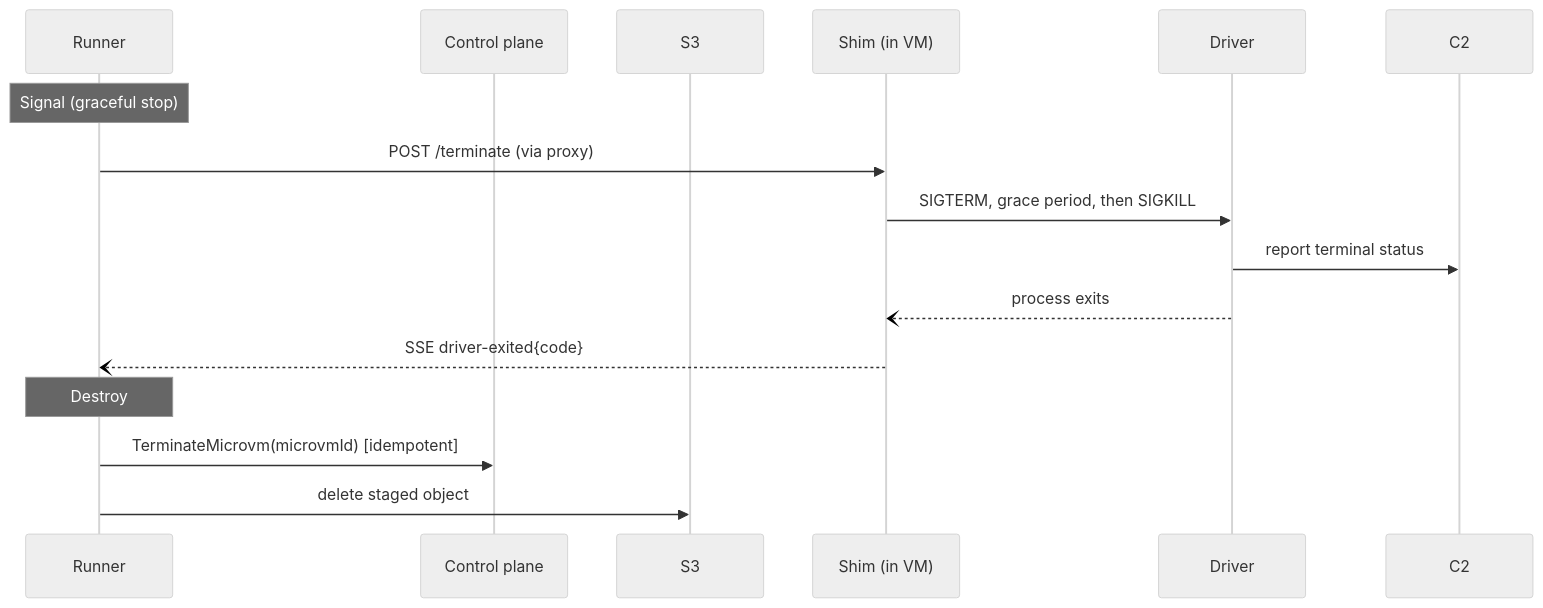
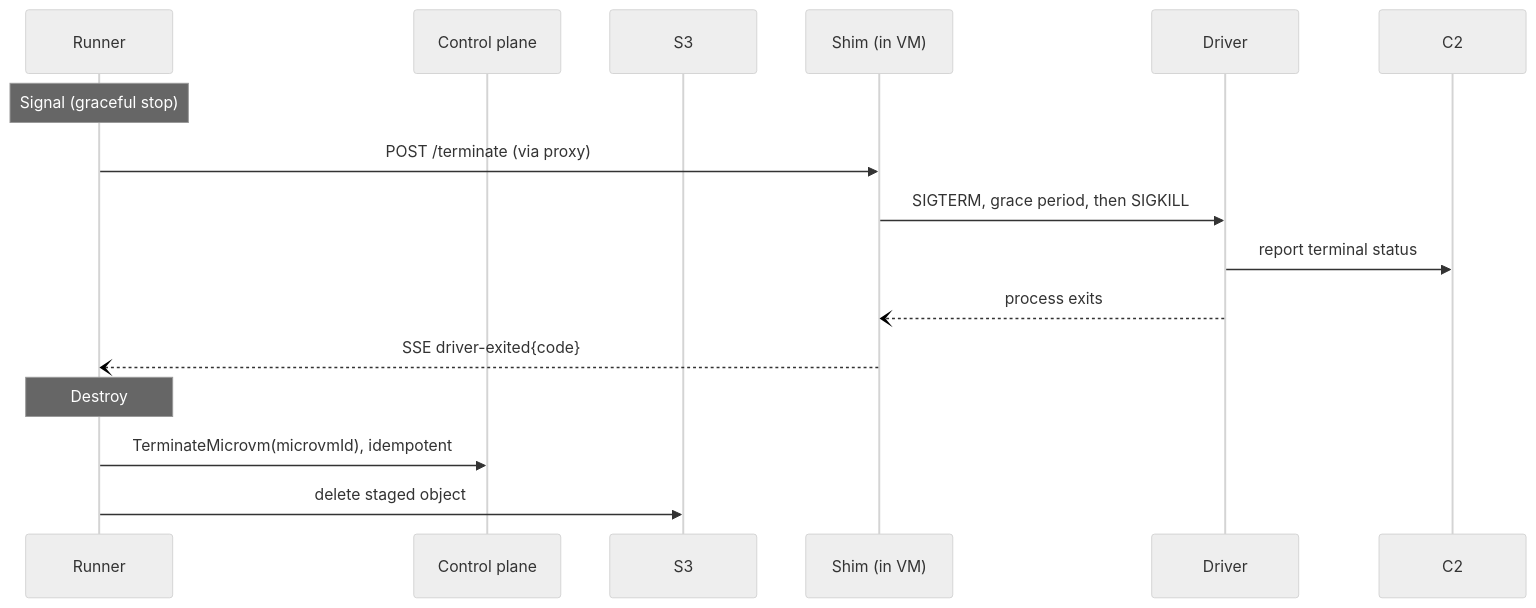
The third of 3 diagrams in proposals/draft/lambda-microvm-backend.md (icholy/xagent), drawn with Mermaid (neutral theme) before and after one commit. The commit also changed other lines of this file, not shown here.

Commit message:
proposal: fix mermaid sequence diagram parse error

````diff
--- a/proposals/draft/lambda-microvm-backend.md
+++ b/proposals/draft/lambda-microvm-backend.md
@@ -282,19 +282,19 @@
 ```mermaid
 sequenceDiagram
     participant R as Runner
     participant CP as Control plane
     participant S3
     participant Shim as Shim (in VM)
     participant Drv as Driver
     participant C2
 
     Note over R: Signal (graceful stop)
     R->>Shim: POST /terminate (via proxy)
     Shim->>Drv: SIGTERM, grace period, then SIGKILL
     Drv->>C2: report terminal status
     Drv--)Shim: process exits
     Shim--)R: SSE driver-exited{code}
     Note over R: Destroy
-    R->>CP: TerminateMicrovm(microvmId) [idempotent]
+    R->>CP: TerminateMicrovm(microvmId), idempotent
     R->>S3: delete staged object
 ```
````
